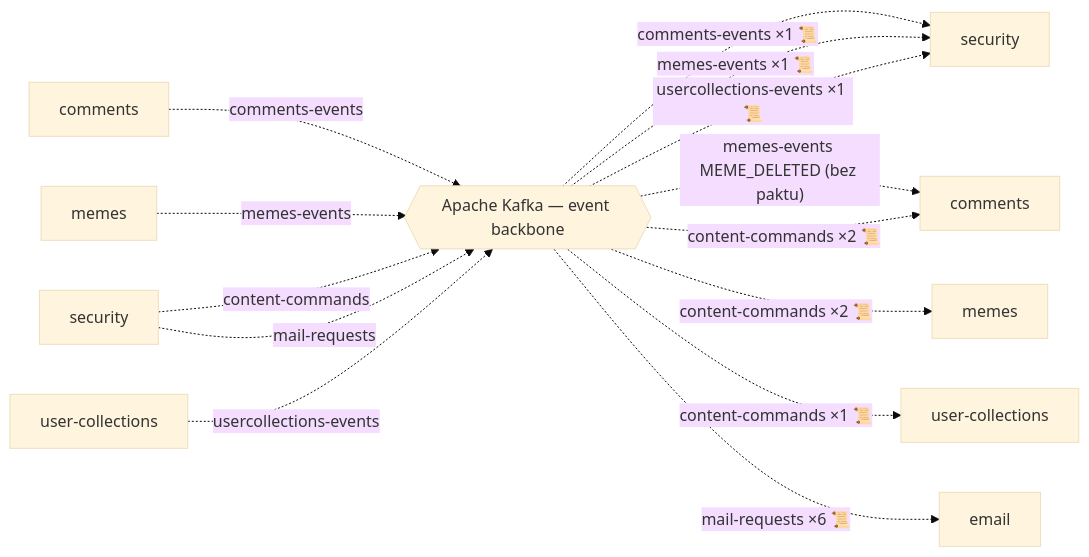
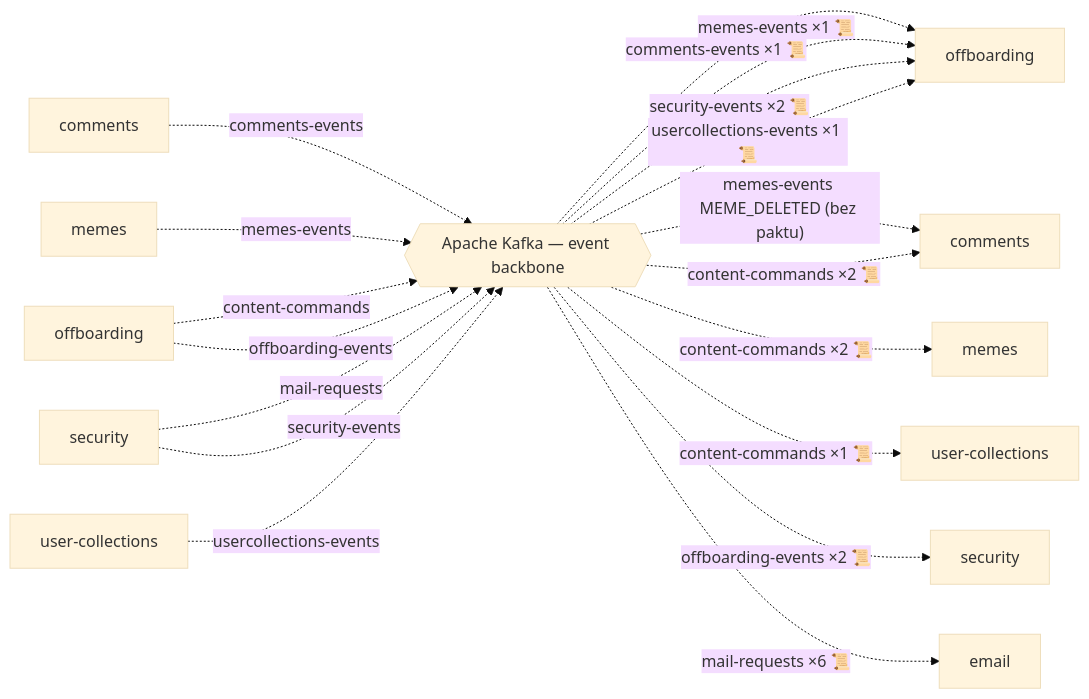
Before and after one commit to jrobertgardzinski/workspace-shared: the third of 3 diagrams in docs/c4-architecture.md, drawn with Mermaid (base theme). The commit also changed other lines of this file and 11 other files, not shown here.

````diff
--- a/docs/c4-architecture.md
+++ b/docs/c4-architecture.md
@@ -101,26 +115,32 @@
 ```mermaid
 flowchart LR
   kafka{{"Apache Kafka — event backbone"}}
   p_comments["comments"]
   p_memes["memes"]
+  p_offboarding["offboarding"]
   p_security["security"]
   p_user_collections["user-collections"]
   c_comments["comments"]
   c_email["email"]
   c_memes["memes"]
+  c_offboarding["offboarding"]
   c_security["security"]
   c_user_collections["user-collections"]
   p_comments -.->|"comments-events"| kafka
-  kafka -.->|"comments-events ×1 📜"| c_security
+  kafka -.->|"comments-events ×1 📜"| c_offboarding
   p_memes -.->|"memes-events"| kafka
   kafka -.->|"memes-events MEME_DELETED (bez paktu)"| c_comments
-  kafka -.->|"memes-events ×1 📜"| c_security
-  p_security -.->|"content-commands"| kafka
+  kafka -.->|"memes-events ×1 📜"| c_offboarding
+  p_offboarding -.->|"content-commands"| kafka
   kafka -.->|"content-commands ×2 📜"| c_comments
   kafka -.->|"content-commands ×2 📜"| c_memes
   kafka -.->|"content-commands ×1 📜"| c_user_collections
+  p_offboarding -.->|"offboarding-events"| kafka
+  kafka -.->|"offboarding-events ×2 📜"| c_security
   p_security -.->|"mail-requests"| kafka
   kafka -.->|"mail-requests ×6 📜"| c_email
+  p_security -.->|"security-events"| kafka
+  kafka -.->|"security-events ×2 📜"| c_offboarding
   p_user_collections -.->|"usercollections-events"| kafka
-  kafka -.->|"usercollections-events ×1 📜"| c_security
+  kafka -.->|"usercollections-events ×1 📜"| c_offboarding
 ```
````
